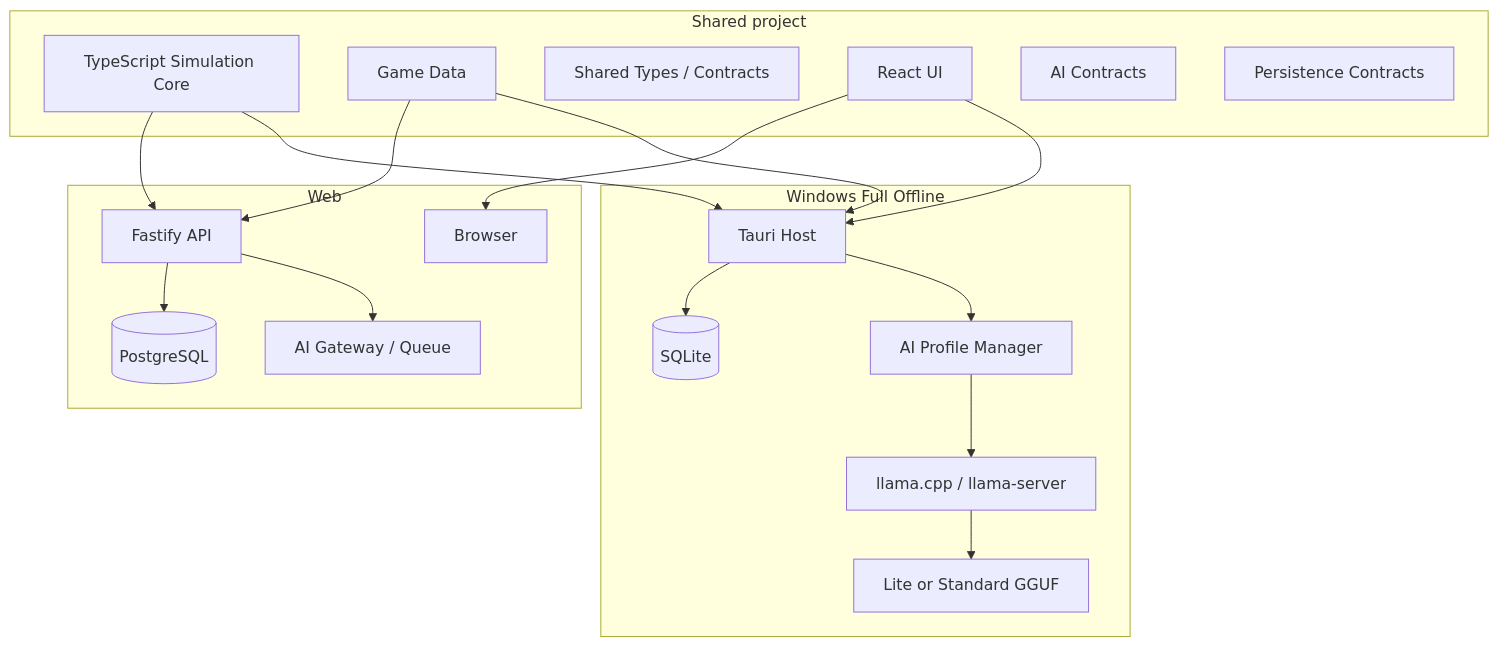
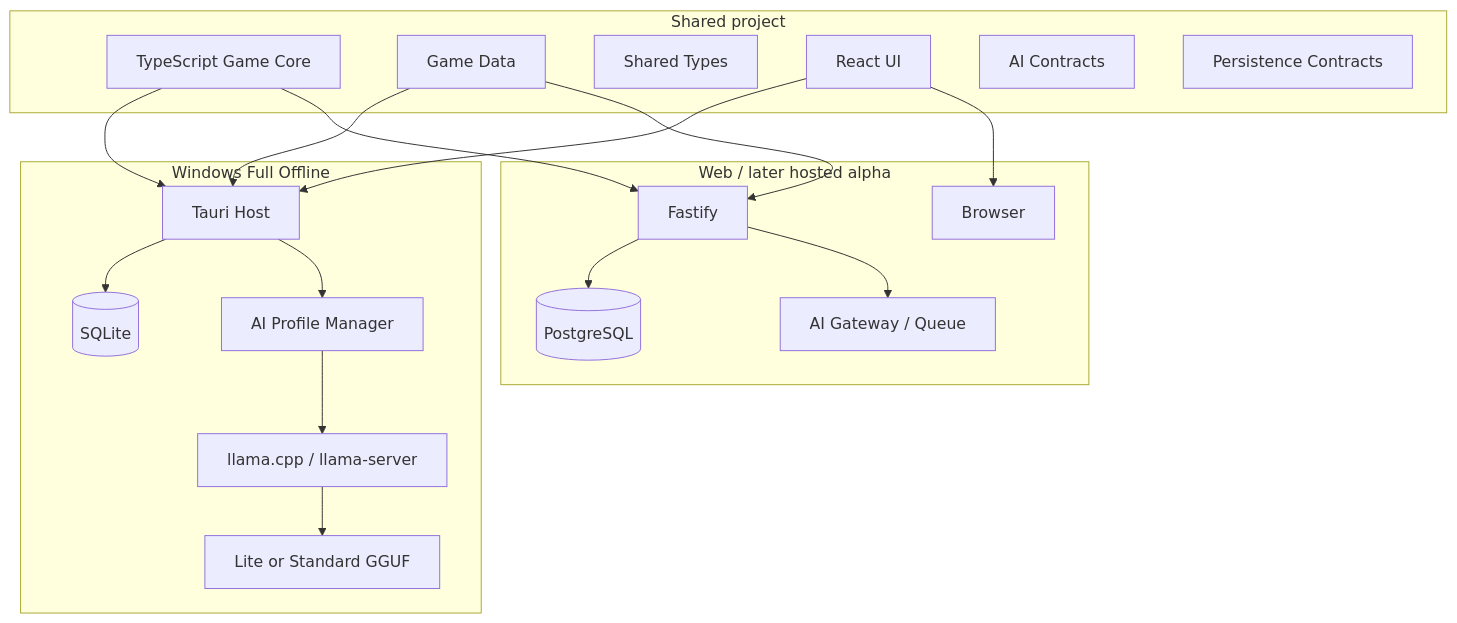
The sixth of 11 diagrams in README.md (Simus100/chronosaga_the_game), drawn with Mermaid before and after one commit. The commit also changed other lines of this file, not shown here.

Commit message:
docs: make README Windows-first and document P0 roadmap

````diff
--- a/README.md
+++ b/README.md
@@ -223,40 +177,40 @@
 ```mermaid
 flowchart TB
     subgraph SHARED[Shared project]
-        CORE[TypeScript Simulation Core]
+        CORE[TypeScript Game Core]
         DATA[Game Data]
-        TYPES[Shared Types / Contracts]
+        TYPES[Shared Types]
         UI[React UI]
         AIC[AI Contracts]
         PC[Persistence Contracts]
     end
 
-    subgraph WEB[Web]
-        BROWSER[Browser]
-        API[Fastify API]
-        PG[(PostgreSQL)]
-        WAI[AI Gateway / Queue]
-    end
-
     subgraph WIN[Windows Full Offline]
         TAURI[Tauri Host]
         SQLITE[(SQLite)]
-        PM[AI Profile Manager]
+        PROFILE[AI Profile Manager]
         LLAMA[llama.cpp / llama-server]
-        GGUF[Lite or Standard GGUF]
+        MODEL[Lite or Standard GGUF]
     end
 
-    CORE --> API
-    DATA --> API
-    UI --> BROWSER
-    API --> PG
-    API --> WAI
+    subgraph WEB[Web / later hosted alpha]
+        BROWSER[Browser]
+        API[Fastify]
+        PG[(PostgreSQL)]
+        QUEUE[AI Gateway / Queue]
+    end
 
     CORE --> TAURI
     DATA --> TAURI
     UI --> TAURI
     TAURI --> SQLITE
-    TAURI --> PM
-    PM --> LLAMA
-    LLAMA --> GGUF
+    TAURI --> PROFILE
+    PROFILE --> LLAMA
+    LLAMA --> MODEL
+
+    UI --> BROWSER
+    CORE --> API
+    DATA --> API
+    API --> PG
+    API --> QUEUE
 ```
````
